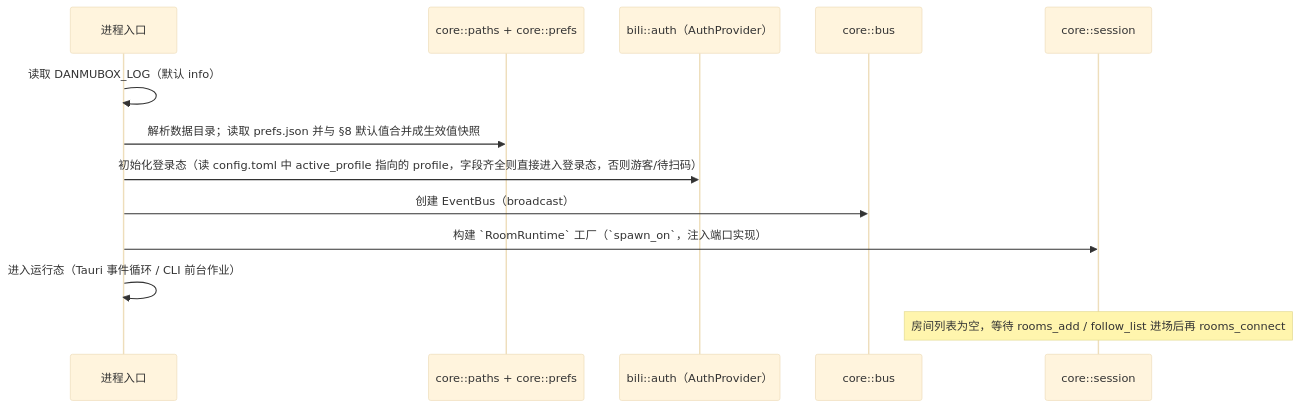
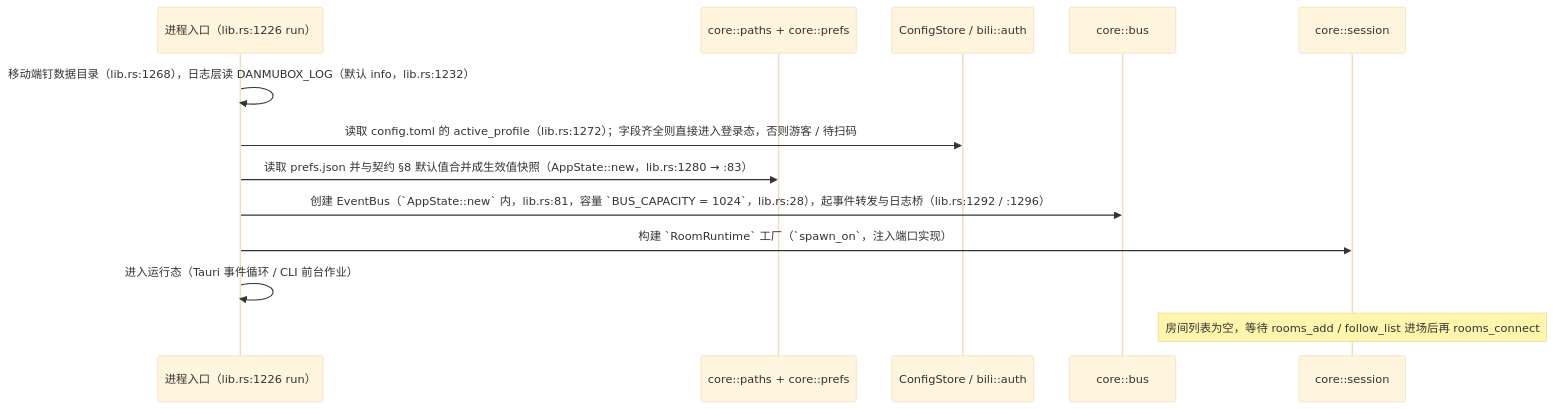
One commit to HakaseZ/danmubox changed the sixth of 6 diagrams in docs/architecture.md. Above: the diagram before and after it, drawn with Mermaid (base theme). The commit also changed other lines of this file and 25 other files, not shown here.

````diff
--- a/docs/architecture.md
+++ b/docs/architecture.md
@@ -337,15 +345,15 @@
 ```mermaid
 sequenceDiagram
-  participant P as 进程入口
+  participant P as 进程入口（lib.rs:1226 run）
   participant F as core::paths + core::prefs
-  participant A as bili::auth（AuthProvider）
+  participant A as ConfigStore / bili::auth
   participant B as core::bus
   participant S as core::session
-  P->>P: 读取 DANMUBOX_LOG（默认 info）
-  P->>F: 解析数据目录；读取 prefs.json 并与 §8 默认值合并成生效值快照
-  P->>A: 初始化登录态（读 config.toml 中 active_profile 指向的 profile，字段齐全则直接进入登录态，否则游客/待扫码）
-  P->>B: 创建 EventBus（broadcast）
+  P->>P: 移动端钉数据目录（lib.rs:1268），日志层读 DANMUBOX_LOG（默认 info，lib.rs:1232）
+  P->>A: 读取 config.toml 的 active_profile（lib.rs:1272）；字段齐全则直接进入登录态，否则游客 / 待扫码
+  P->>F: 读取 prefs.json 并与契约 §8 默认值合并成生效值快照（AppState::new，lib.rs:1280 → :83）
+  P->>B: 创建 EventBus（`AppState::new` 内，lib.rs:81，容量 `BUS_CAPACITY = 1024`，lib.rs:28），起事件转发与日志桥（lib.rs:1292 / :1296）
   P->>S: 构建 `RoomRuntime` 工厂（`spawn_on`，注入端口实现）
   P->>P: 进入运行态（Tauri 事件循环 / CLI 前台作业）
   Note over S: 房间列表为空，等待 rooms_add / follow_list 进场后再 rooms_connect
 ```
````
